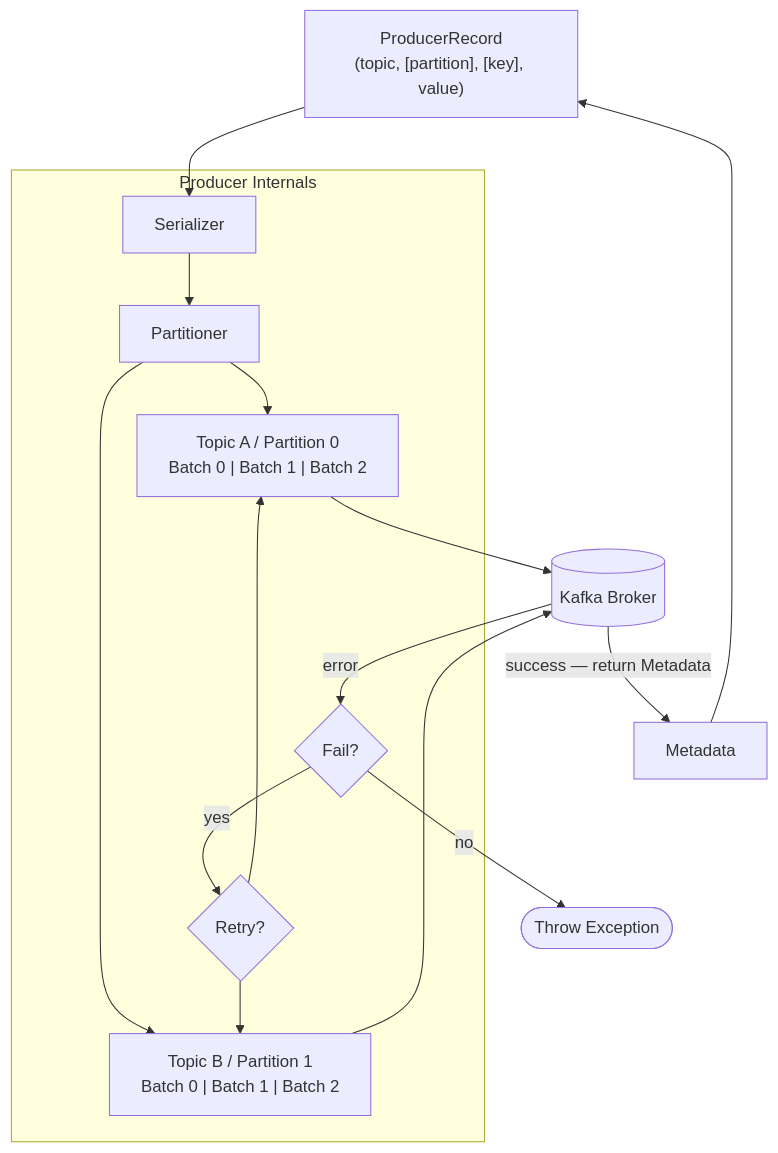
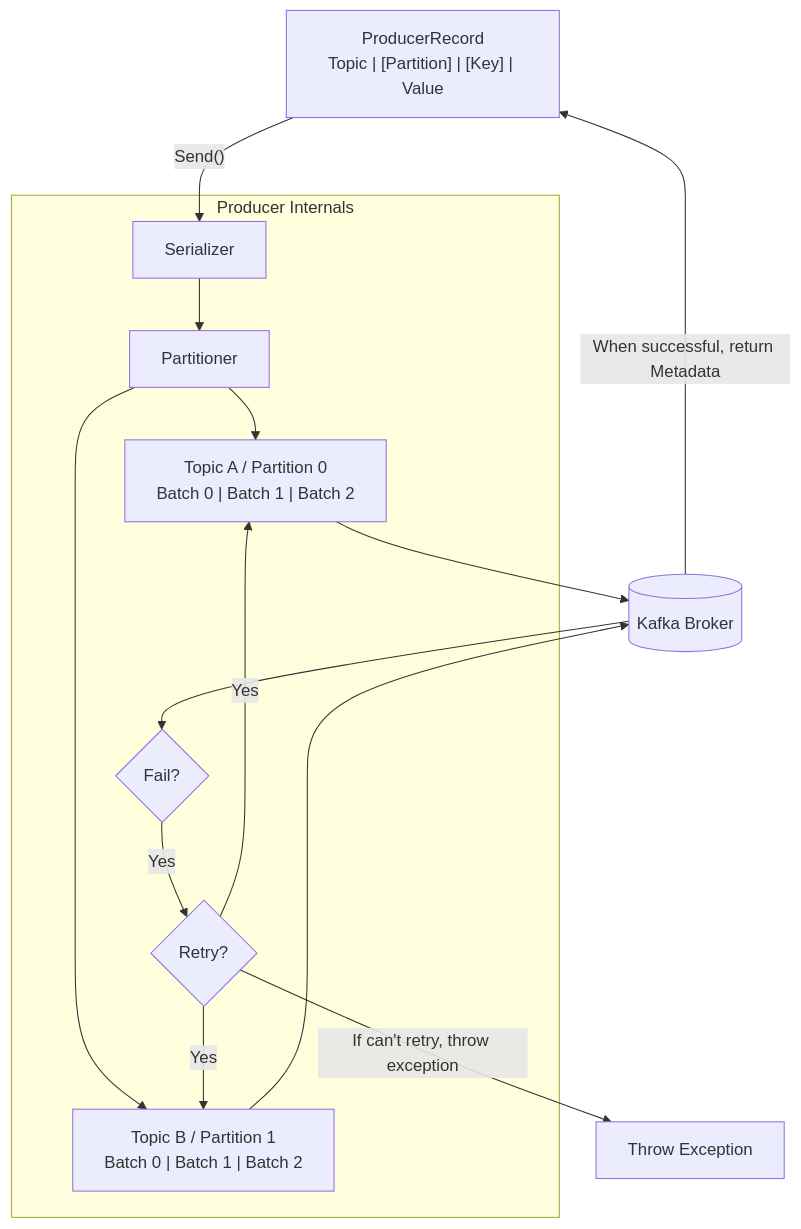
Before and after one commit to mrsrinivas/mrsrinivas.github.io: the first of 6 diagrams in _posts/2018-08-13-kafka-topics-and-partitions-explained.md, drawn with Mermaid.

Commit message:
Fix producer-overview flow: Broker → Fail? → Retry? with correct paths

````diff
--- a/_posts/2018-08-13-kafka-topics-and-partitions-explained.md
+++ b/_posts/2018-08-13-kafka-topics-and-partitions-explained.md
@@ -26,28 +26,27 @@
 ```mermaid
 flowchart TB
-    PR["ProducerRecord\n(topic, [partition], [key], value)"]
+    PR["ProducerRecord\nTopic | [Partition] | [Key] | Value"]
 
     subgraph internals["Producer Internals"]
         SER["Serializer"]
         PART["Partitioner"]
         B0["Topic A / Partition 0\nBatch 0 | Batch 1 | Batch 2"]
         B1["Topic B / Partition 1\nBatch 0 | Batch 1 | Batch 2"]
         FAIL{"Fail?"}
         RETRY{"Retry?"}
+
         SER --> PART
         PART --> B0 & B1
+        FAIL -->|"Yes"| RETRY
+        RETRY -->|"Yes"| B0 & B1
     end
 
     BR[("Kafka Broker")]
-    META["Metadata"]
-    EXC(["Throw Exception"])
+    EXC["Throw Exception"]
 
-    PR --> SER
+    PR -->|"Send()"| SER
     B0 & B1 --> BR
-    BR -->|"success — return Metadata"| META
-    META --> PR
-    BR -->|"error"| FAIL
-    FAIL -->|"yes"| RETRY
-    RETRY --> B0 & B1
-    FAIL -->|"no"| EXC
+    BR -->|"When successful, return Metadata"| PR
+    BR --> FAIL
+    RETRY -->|"If can't retry, throw exception"| EXC
 ```
````
